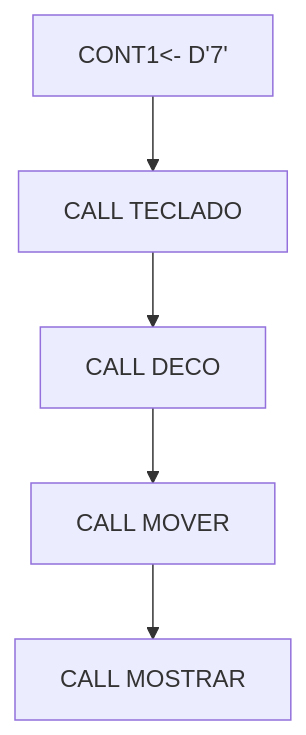
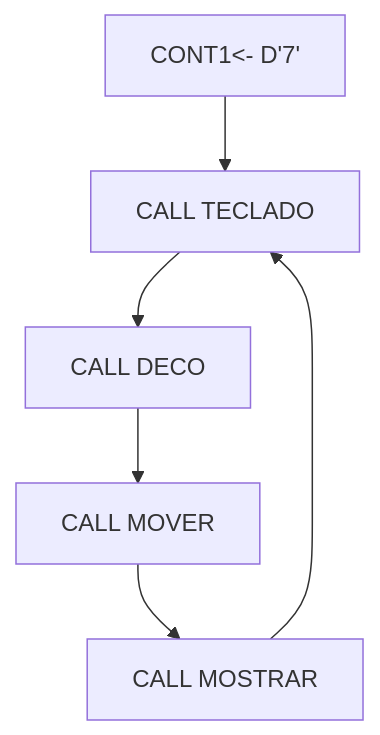
One commit to w3rqil/electronicaDigital_II changed the diagram in README.md. Above: the diagram before and after it, drawn with Mermaid.

````diff
--- a/README.md
+++ b/README.md
@@ -6,8 +6,9 @@
  ```mermaid
 flowchart TD
 
 A[CONT1<- D'7'] --> B[CALL TECLADO]
     B --> C[CALL DECO]
     C --> D[CALL MOVER]
     D --> E[CALL MOSTRAR]
+    E-->B
  ```
````
